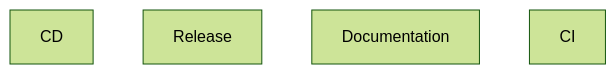
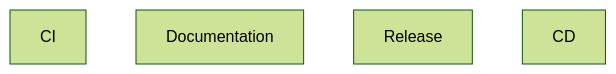
One commit to zepfu/llama-gguf-inference changed the seventh of 8 diagrams in docs/auto/ARCHITECTURE_AUTO.md. Above: the diagram before and after it, drawn with Mermaid (forest theme). The commit also changed other lines of this file and 2 other files, not shown here.

Commit message:
docs: auto-update documentation [skip ci]

````diff
--- a/docs/auto/ARCHITECTURE_AUTO.md
+++ b/docs/auto/ARCHITECTURE_AUTO.md
@@ -209,7 +202,7 @@
 ```mermaid
 graph TD
+    ci[CI]
+    docs[Documentation]
+    release[Release]
     cd[CD]
-    release[Release]
-    docs[Documentation]
-    ci[CI]
 ```
````
